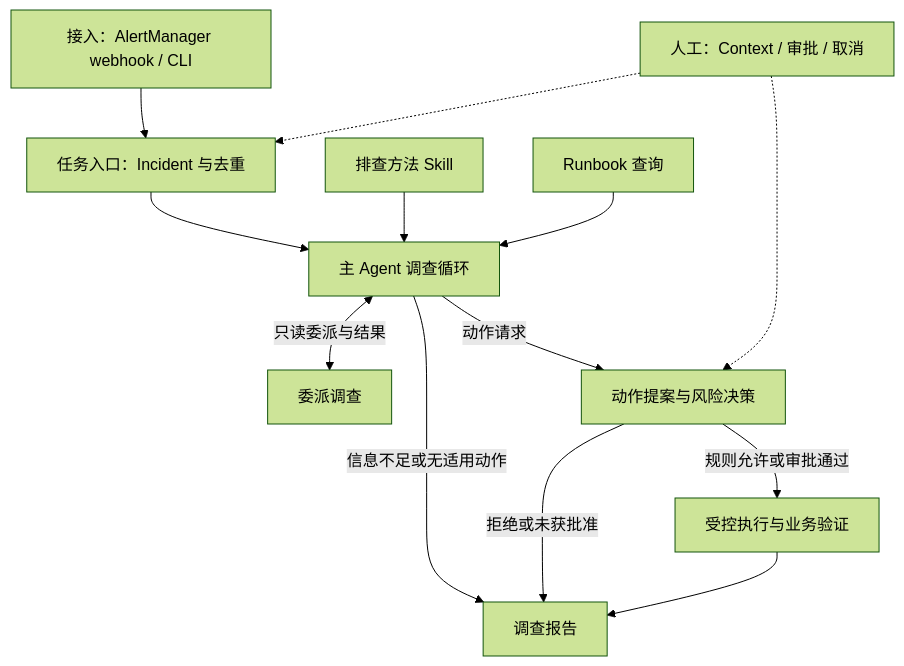
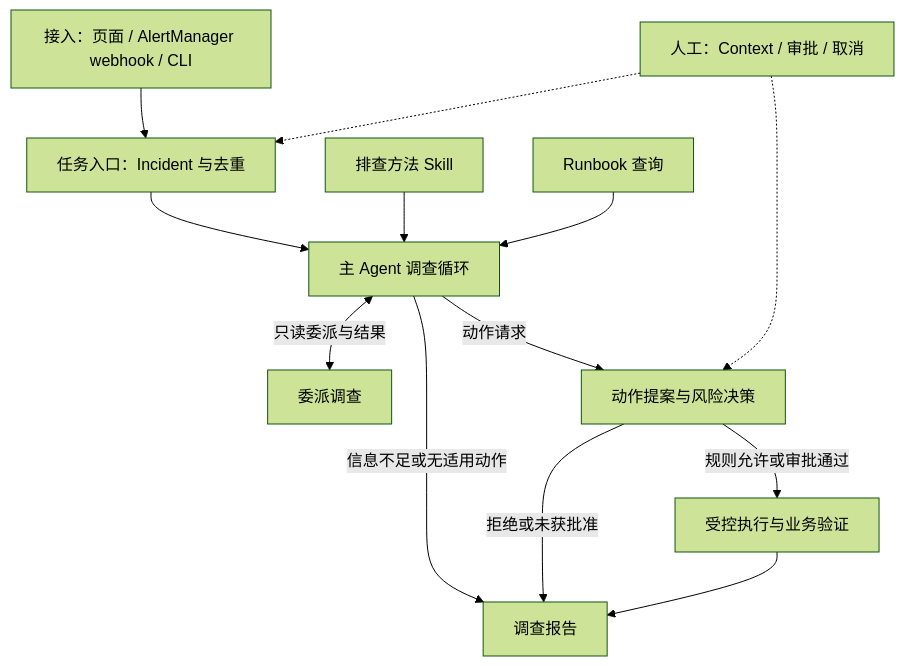
The diagram in ARCHITECTURE.md (ZDAN-OvO/vigil-ops-agent), drawn with Mermaid (forest theme) before and after one commit. The commit also changed other lines of this file and 7 other files, not shown here.

````diff
--- a/ARCHITECTURE.md
+++ b/ARCHITECTURE.md
@@ -15,15 +16,15 @@
 ```mermaid
 flowchart TD
-    A[接入：AlertManager webhook / CLI] --> B[任务入口：Incident 与去重]
+    A[接入：页面 / AlertManager webhook / CLI] --> B[任务入口：Incident 与去重]
     B --> C[主 Agent 调查循环]
     S[排查方法 Skill] --> C
     K[Runbook 查询] --> C
     C <-->|只读委派与结果| Q[委派调查]
     C -->|动作请求| D[动作提案与风险决策]
     C -->|信息不足或无适用动作| R[调查报告]
     D -->|规则允许或审批通过| E[受控执行与业务验证]
     D -->|拒绝或未获批准| R
     E --> R
     H[人工：Context / 审批 / 取消] -.-> B
     H -.-> D
 ```
````
